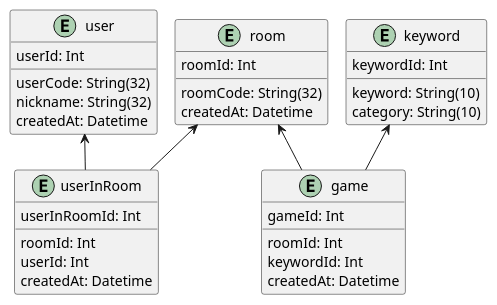
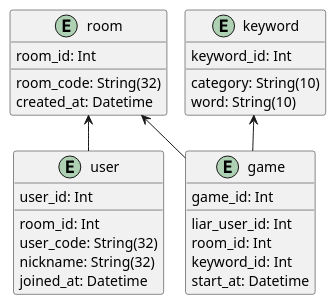
One commit to youngcha-lab/liar-game changed the diagram in liar-game-app/docs/erd.puml. Above: the diagram before and after it, drawn with PlantUML.

Commit message:
Update ERD

```diff
--- a/liar-game-app/docs/erd.puml
+++ b/liar-game-app/docs/erd.puml
@@ -1,38 +1,33 @@
 @startuml
 !pragma layout smetana
 
 entity room {
-   {field} roomId: Int
-   {method} roomCode: String(32)
-   {method} createdAt: Datetime
-}
-entity userInRoom {
-   {field} userInRoomId: Int
-   {method} roomId: Int
-   {method} userId: Int
-   {method} createdAt: Datetime
+   {field} room_id: Int
+   {method} room_code: String(32)
+   {method} created_at: Datetime
 }
 entity user {
-   {field} userId: Int
-   {method} userCode: String(32)
+   {field} user_id: Int
+   {method} room_id: Int
+   {method} user_code: String(32)
    {method} nickname: String(32)
-   {method} createdAt: Datetime
+   {method} joined_at: Datetime
 }
 entity game {
-    {field} gameId: Int
-    {method} roomId: Int
-    {method} keywordId: Int
-    {method} createdAt: Datetime
+    {field} game_id: Int
+    {method} liar_user_id: Int
+    {method} room_id: Int
+    {method} keyword_id: Int
+    {method} start_at: Datetime
 }
 entity keyword {
-    {field} keywordId: Int
-    {method} keyword: String(10)
+    {field} keyword_id: Int
     {method} category: String(10)
+    {method} word: String(10)
 }
 
-room <-- userInRoom
-user <-- userInRoom
+room <-- user
 room <-- game
 keyword <-- game
 
 @enduml
```
